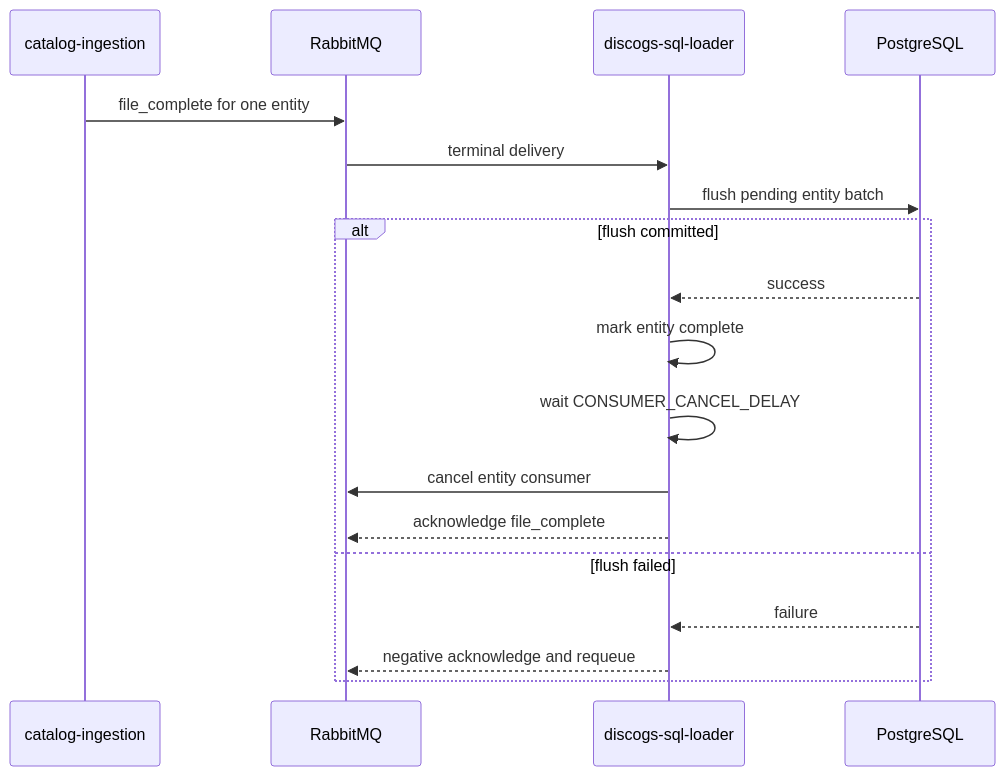
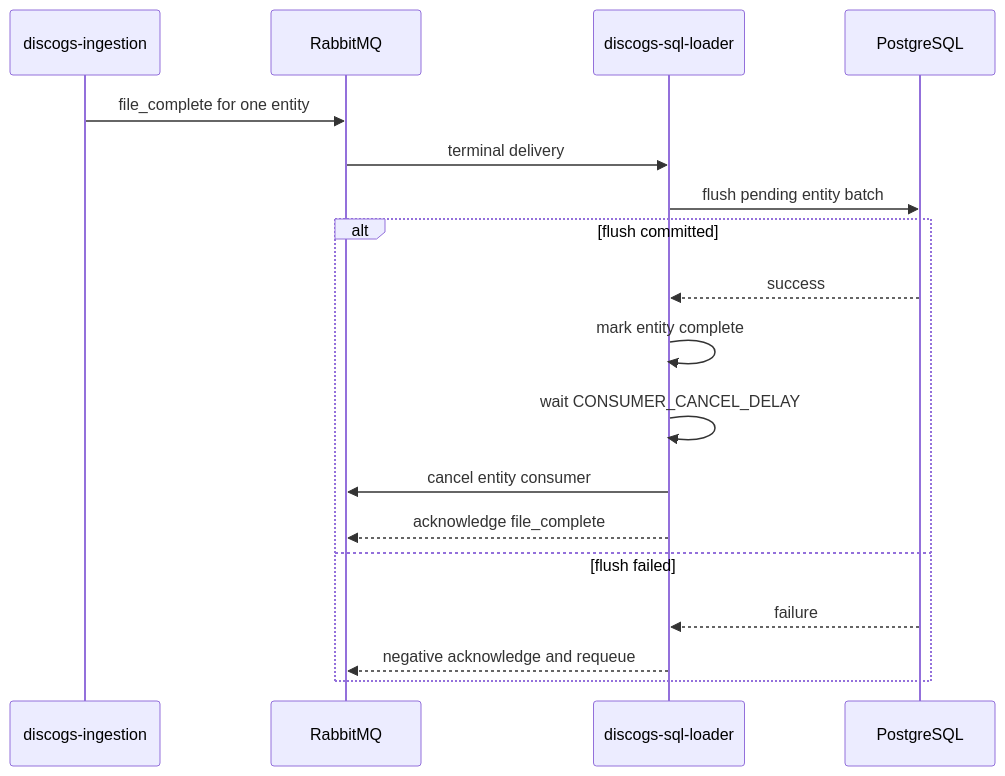
The diagram in docs/consumer-cancellation.md (groovemap-music/discogs-sql-loader), drawn with Mermaid before and after one commit. The commit also changed 8 other files, not shown here.

````diff
--- a/docs/consumer-cancellation.md
+++ b/docs/consumer-cancellation.md
@@ -6,21 +6,21 @@
 ```mermaid
 sequenceDiagram
-    participant I as catalog-ingestion
+    participant I as discogs-ingestion
     participant R as RabbitMQ
     participant L as discogs-sql-loader
     participant P as PostgreSQL
 
     I->>R: file_complete for one entity
     R->>L: terminal delivery
     L->>P: flush pending entity batch
     alt flush committed
         P-->>L: success
         L->>L: mark entity complete
         L->>L: wait CONSUMER_CANCEL_DELAY
         L->>R: cancel entity consumer
         L-->>R: acknowledge file_complete
     else flush failed
         P-->>L: failure
         L-->>R: negative acknowledge and requeue
     end
 ```
````
